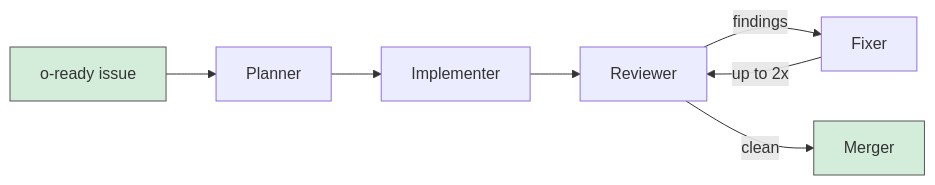
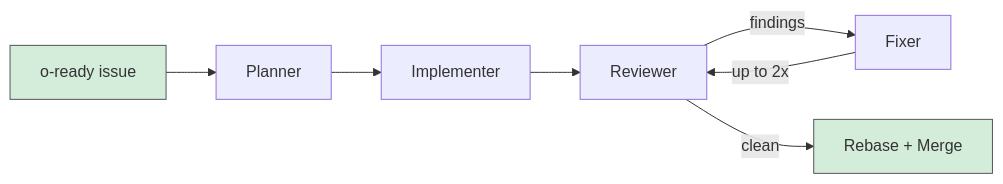
One commit to clayharmon/oven-cli changed the diagram in README.md. Above: the diagram before and after it, drawn with Mermaid. The commit also changed other lines of this file and 2 other files, not shown here.

````diff
--- a/README.md
+++ b/README.md
@@ -18,12 +18,12 @@
 ```mermaid
 flowchart LR
     A[o-ready issue] --> B[Planner]
     B --> C[Implementer]
     C --> D[Reviewer]
     D -- findings --> E[Fixer]
     E -- up to 2x --> D
-    D -- clean --> F[Merger]
+    D -- clean --> F[Rebase + Merge]
 
     style A fill:#d4edda,stroke:#555
     style F fill:#d4edda,stroke:#555
 ```
````
